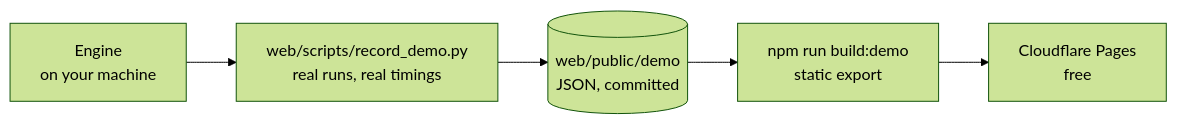
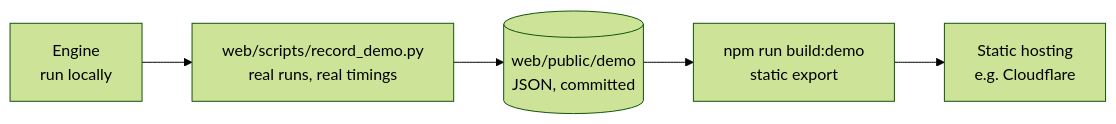
The seventh of 7 diagrams in README.md (waleed-w-maqbool-m/stratum), drawn with Mermaid (forest theme) before and after one commit. The commit also changed other lines of this file and 4 other files, not shown here.

First line of the commit message:
Deploy to Cloudflare Workers static assets; README limited to what was done

````diff
--- a/README.md
+++ b/README.md
@@ -327,7 +312,7 @@
 ```mermaid
 flowchart LR
-    engine["Engine<br/>on your machine"] --> rec["web/scripts/record_demo.py<br/>real runs, real timings"]
+    engine["Engine<br/>run locally"] --> rec["web/scripts/record_demo.py<br/>real runs, real timings"]
     rec --> data[("web/public/demo<br/>JSON, committed")]
     data --> build["npm run build:demo<br/>static export"]
-    build --> pages["Cloudflare Pages<br/>free"]
+    build --> host["Static hosting<br/>e.g. Cloudflare"]
 ```
````
